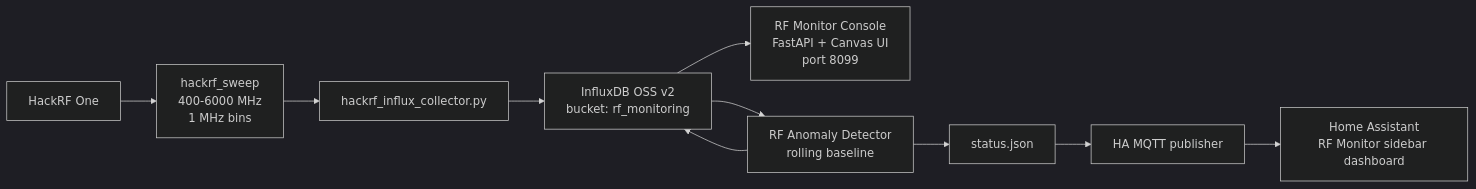
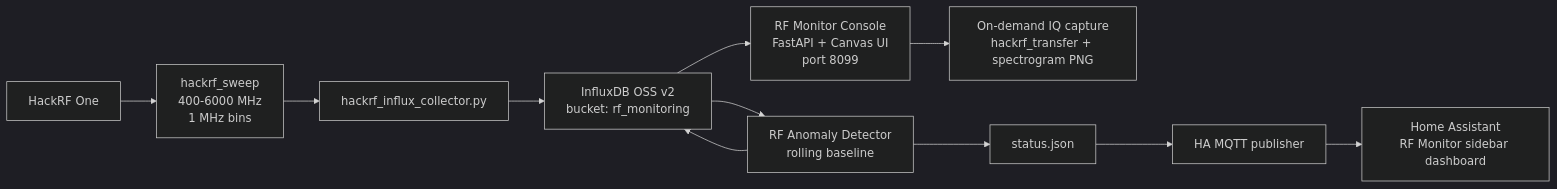
Before and after one commit to cmilkosky/linuxgr-rf-monitor: the first of 2 diagrams in README.md, drawn with Mermaid (dark theme). The commit also changed other lines of this file and 2 other files, not shown here.

Commit message:
Add on-demand RF signal capture

````diff
--- a/README.md
+++ b/README.md
@@ -18,12 +18,13 @@
 ```mermaid
 flowchart LR
     HackRF["HackRF One"] --> Sweep["hackrf_sweep<br/>400-6000 MHz<br/>1 MHz bins"]
     Sweep --> Collector["hackrf_influx_collector.py"]
     Collector --> Influx["InfluxDB OSS v2<br/>bucket: rf_monitoring"]
     Influx --> Console["RF Monitor Console<br/>FastAPI + Canvas UI<br/>port 8099"]
+    Console --> Capture["On-demand IQ capture<br/>hackrf_transfer + spectrogram PNG"]
     Influx --> Detector["RF Anomaly Detector<br/>rolling baseline"]
     Detector --> Influx
     Detector --> Status["status.json"]
     Status --> HAPub["HA MQTT publisher"]
     HAPub --> HA["Home Assistant<br/>RF Monitor sidebar dashboard"]
 ```
````
